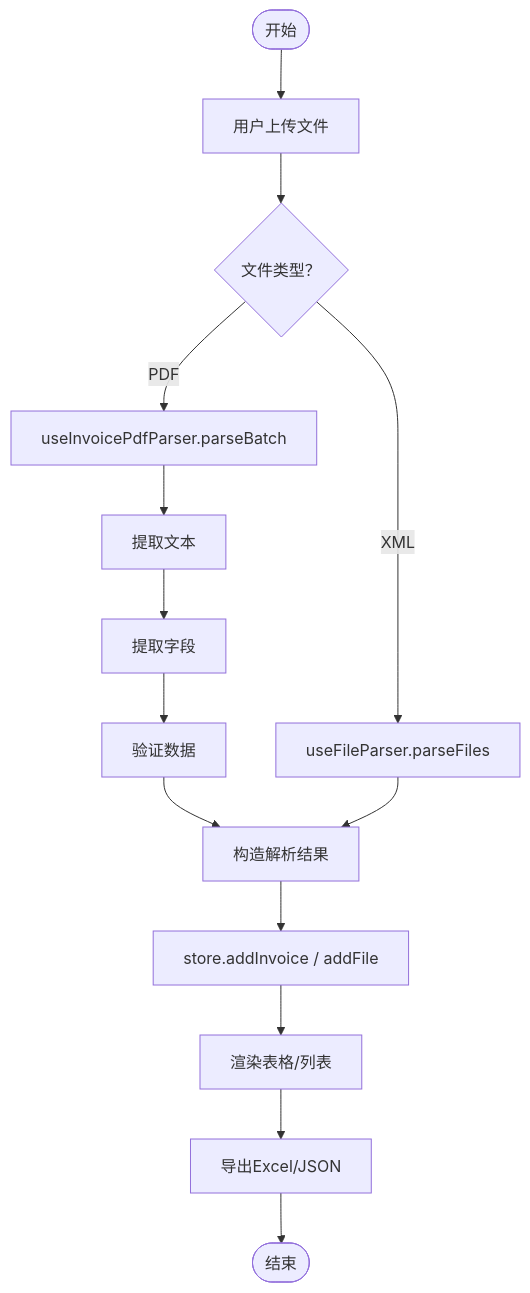
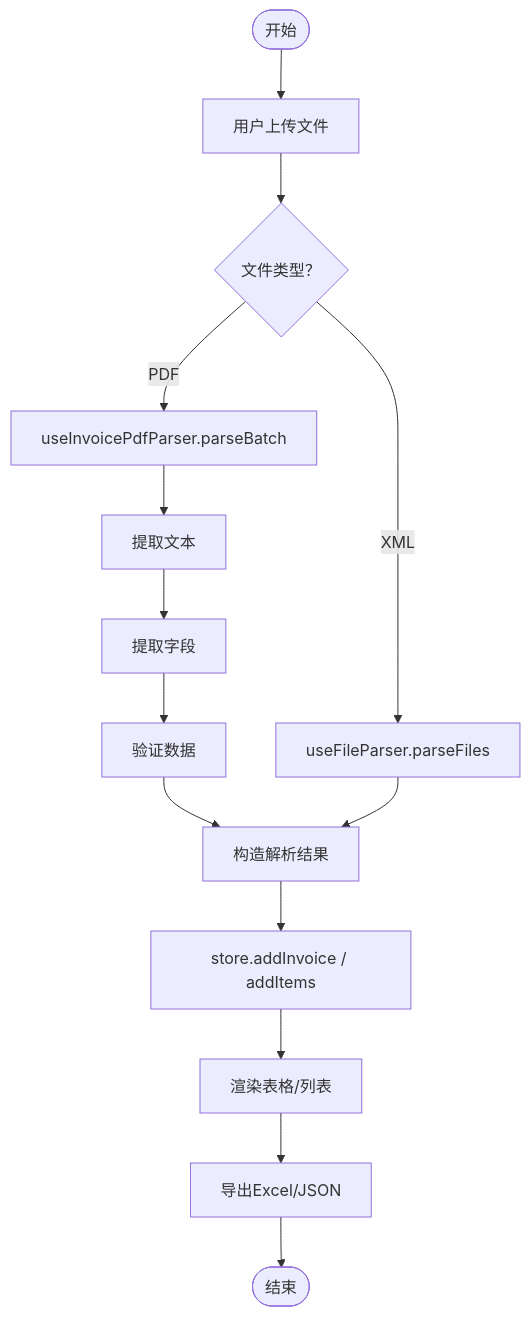
One commit to dunhuixiao/FinanceTools changed the sixth of 7 diagrams in .qoder/repowiki/zh/content/状态管理设计/状态管理设计.md. Above: the diagram before and after it, drawn with Mermaid. The commit also changed other lines of this file and 20 other files, not shown here.

````diff
--- a/.qoder/repowiki/zh/content/状态管理设计/状态管理设计.md
+++ b/.qoder/repowiki/zh/content/状态管理设计/状态管理设计.md
@@ -298,16 +426,16 @@
 ```mermaid
 flowchart TD
 Start(["开始"]) --> Upload["用户上传文件"]
 Upload --> ChooseType{"文件类型？"}
 ChooseType --> |PDF| PDFParser["useInvoicePdfParser.parseBatch"]
 ChooseType --> |XML| XMLParser["useFileParser.parseFiles"]
 PDFParser --> ExtractText["提取文本"]
 ExtractText --> ExtractFields["提取字段"]
 ExtractFields --> Validate["验证数据"]
 Validate --> BuildResult["构造解析结果"]
 XMLParser --> BuildResult
-BuildResult --> AddStore["store.addInvoice / addFile"]
+BuildResult --> AddStore["store.addInvoice / addItems"]
 AddStore --> View["渲染表格/列表"]
 View --> Export["导出Excel/JSON"]
 Export --> End(["结束"])
 ```
````
